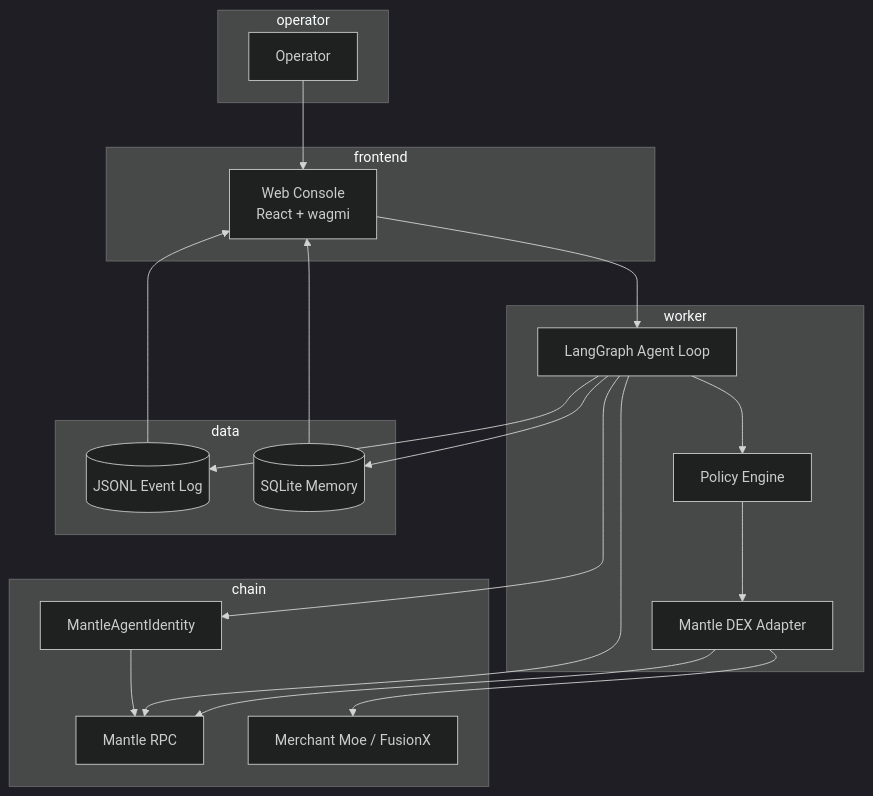
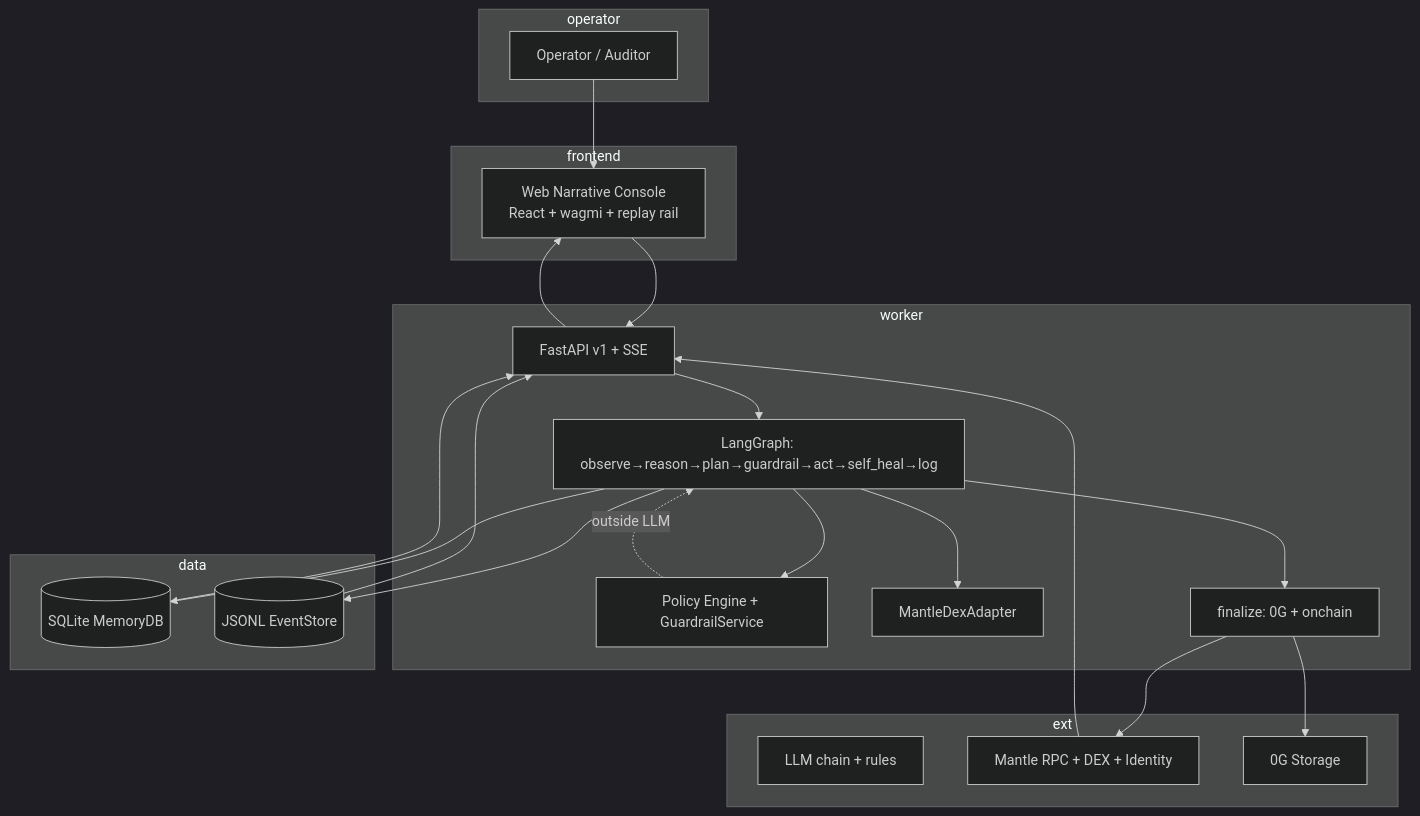
Before and after one commit to Anand-0037/agentic-micro-economy-os: the diagram in docs/architecture.mdx, drawn with Mermaid (dark theme). The commit also changed other lines of this file and 71 other files, not shown here.

````diff
--- a/docs/architecture.mdx
+++ b/docs/architecture.mdx
@@ -10,36 +12,40 @@
 ```mermaid
 flowchart TB
   subgraph operator
-    Op[Operator]
+    Op[Operator / Auditor]
   end
   subgraph frontend
-    UI[Web Console\nReact + wagmi]
+    UI[Web Narrative Console\nReact + wagmi + replay rail]
   end
   subgraph worker
-    LG[LangGraph Agent Loop]
-    POL[Policy Engine]
-    DEX[Mantle DEX Adapter]
-  end
-  subgraph chain
-    MNT[Mantle RPC]
-    ID[MantleAgentIdentity]
-    Router[Merchant Moe / FusionX]
+    API[FastAPI v1 + SSE]
+    LG[LangGraph: observe→reason→plan→guardrail→act→self_heal→log]
+    POL[Policy Engine + GuardrailService]
+    DEX[MantleDexAdapter]
+    FIN[finalize: 0G + onchain]
   end
   subgraph data
-    DB[(SQLite Memory)]
-    JSONL[(JSONL Event Log)]
+    DB[(SQLite MemoryDB)]
+    JSONL[(JSONL EventStore)]
+  end
+  subgraph ext
+    LLM[LLM chain + rules]
+    MNT[Mantle RPC + DEX + Identity]
+    ZG[0G Storage]
   end
   Op --> UI
-  UI --> LG
+  UI --> API
+  API --> LG
   LG --> POL
-  LG --> MNT
-  POL --> DEX
-  DEX --> Router
-  DEX --> MNT
-  LG --> ID
-  ID --> MNT
+  LG --> DEX
+  LG --> FIN
+  FIN --> ZG
+  FIN --> MNT
+  POL -.->|outside LLM| LG
   LG --> DB
   LG --> JSONL
-  DB --> UI
-  JSONL --> UI
+  DB --> API
+  JSONL --> API
+  API --> UI
+  MNT --> API
 ```
````
